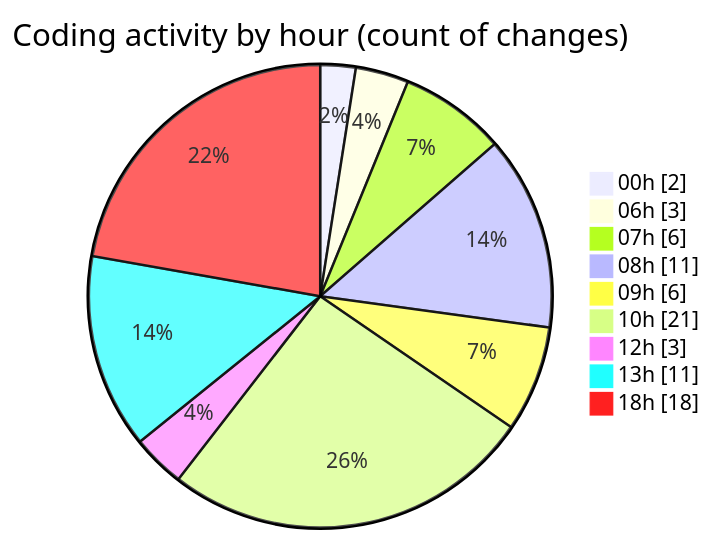
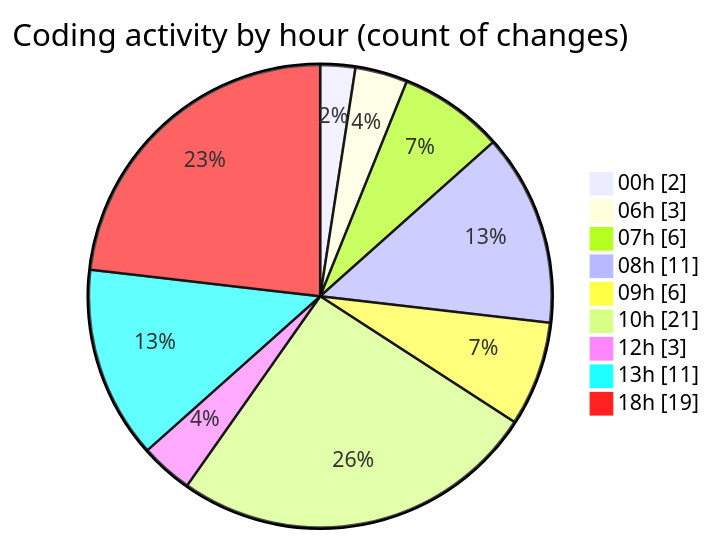
Before and after one commit to Elitesun/code-tracking: the second of 2 diagrams in 2025-05-15/niten/README.md, drawn with Mermaid. The commit also changed other lines of this file and 1 other file, not shown here.

````diff
--- a/2025-05-15/niten/README.md
+++ b/2025-05-15/niten/README.md
@@ -57,13 +57,13 @@
 ```mermaid
 pie showData
 title Coding activity by hour (count of changes)
 "00h" : 2
 "06h" : 3
 "07h" : 6
 "08h" : 11
 "09h" : 6
 "10h" : 21
 "12h" : 3
 "13h" : 11
-"18h" : 18
+"18h" : 19
 ```
````
